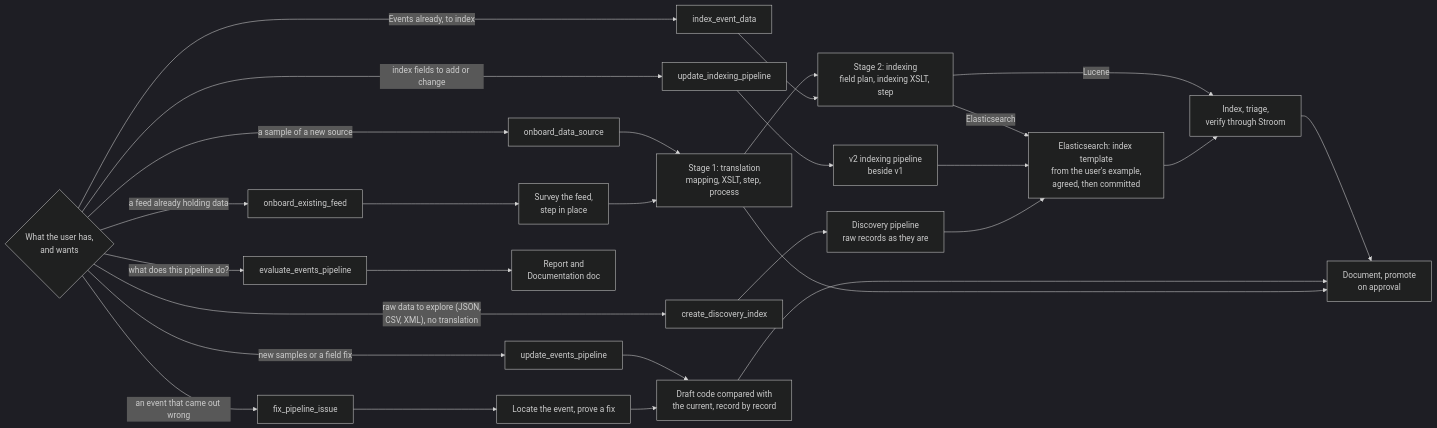
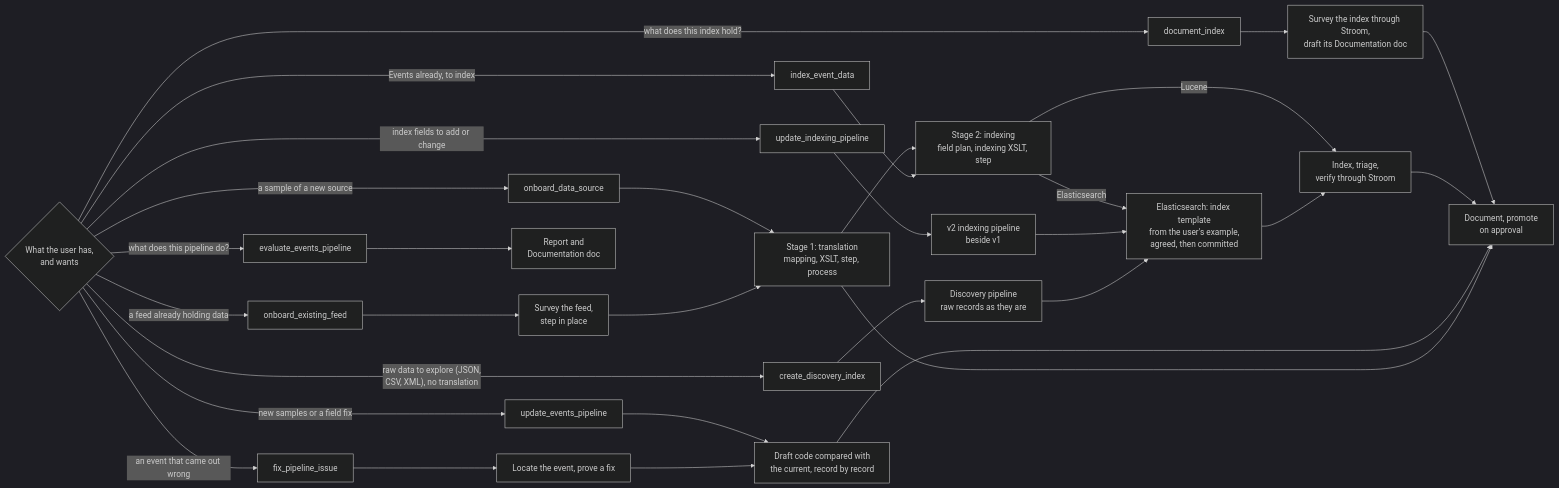
The first of 12 diagrams in docs/DESIGN.md (gradata-systems/stroom-fastmcp-server), drawn with Mermaid (dark theme) before and after one commit. The commit also changed other lines of this file and 15 other files, not shown here.

````diff
--- a/docs/DESIGN.md
+++ b/docs/DESIGN.md
@@ -32,26 +32,29 @@
 ```mermaid
 flowchart LR
     U{"What the user has,<br/>and wants"}
     U -- "a sample of a new source" --> ON["onboard_data_source"]
     U -- "a feed already holding data" --> EF["onboard_existing_feed"]
     U -- "Events already, to index" --> IX["index_event_data"]
     U -- "raw data to explore (JSON,<br/>CSV, XML), no translation" --> DI["create_discovery_index"]
     U -- "new samples or a field fix" --> UE["update_events_pipeline"]
     U -- "index fields to add or change" --> UI["update_indexing_pipeline"]
     U -- "an event that came out wrong" --> FX["fix_pipeline_issue"]
     U -- "what does this pipeline do?" --> EV["evaluate_events_pipeline"]
+    U -- "what does this index hold?" --> DX["document_index"]
     ON --> S1["Stage 1: translation<br/>mapping, XSLT, step, process"]
     EF --> SV["Survey the feed,<br/>step in place"] --> S1
     S1 --> S2["Stage 2: indexing<br/>field plan, indexing XSLT, step"]
     IX --> S2
     UI --> V2["v2 indexing pipeline<br/>beside v1"]
     DI --> DP["Discovery pipeline<br/>raw records as they are"]
     S2 -- "Elasticsearch" --> HT["Elasticsearch: index template<br/>from the user's example,<br/>agreed, then committed"]
     V2 & DP --> HT
     S2 -- "Lucene" --> VR
     HT --> VR["Index, triage,<br/>verify through Stroom"]
     UE --> CO["Draft code compared with<br/>the current, record by record"]
     FX --> LF["Locate the event, prove a fix"] --> CO
     EV --> RP["Report and<br/>Documentation doc"]
+    DX --> SU["Survey the index through Stroom,<br/>draft its Documentation doc"]
+    SU --> PR
     VR & CO & S1 --> PR["Document, promote<br/>on approval"]
 ```
````
